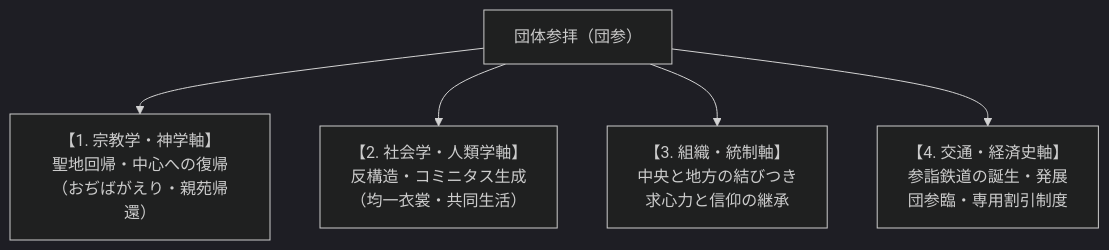
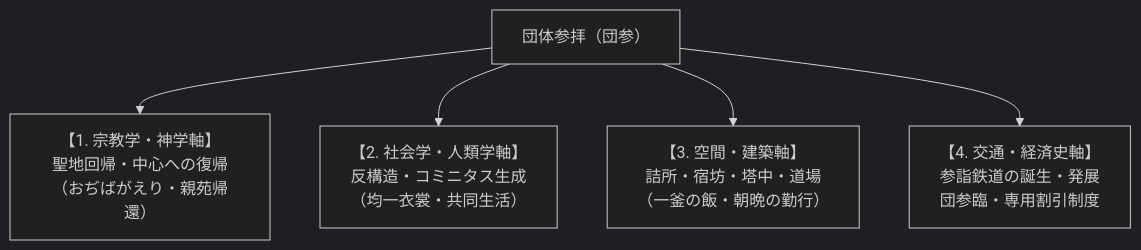
One commit to iida-masashi/religion-garden changed the diagram in content/01_宗派・異端研究/10_概念・原典・事件・拠点/団体参拝.md. Above: the diagram before and after it, drawn with Mermaid (dark theme). The commit also changed other lines of this file, not shown here.

````diff
--- a/content/01_宗派・異端研究/10_概念・原典・事件・拠点/団体参拝.md
+++ b/content/01_宗派・異端研究/10_概念・原典・事件・拠点/団体参拝.md
@@ -26,7 +26,7 @@
 ```mermaid
 graph TD
     A["団体参拝（団参）"] --> B1["【1. 宗教学・神学軸】<br>聖地回帰・中心への復帰<br>（おぢばがえり・親苑帰還）"]
     A --> B2["【2. 社会学・人類学軸】<br>反構造・コミニタス生成<br>（均一衣裳・共同生活）"]
-    A --> B3["【3. 組織・統制軸】<br>中央と地方の結びつき<br>求心力と信仰の継承"]
+    A --> B3["【3. 空間・建築軸】<br>詰所・宿坊・塔中・道場<br>（一釜の飯・朝晩の勤行）"]
     A --> B4["【4. 交通・経済史軸】<br>参詣鉄道の誕生・発展<br>団参臨・専用割引制度"]
 ```
````
